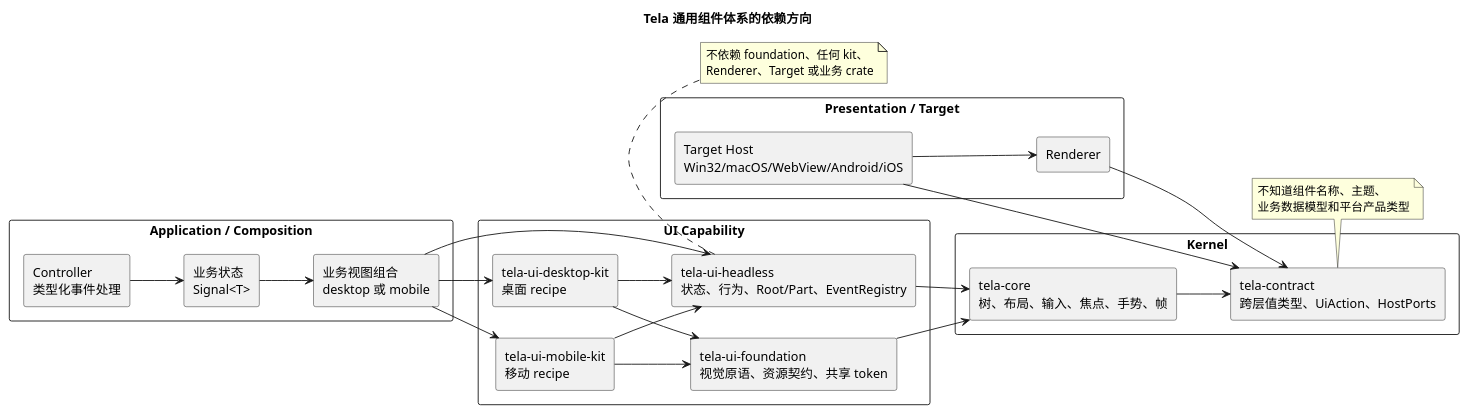
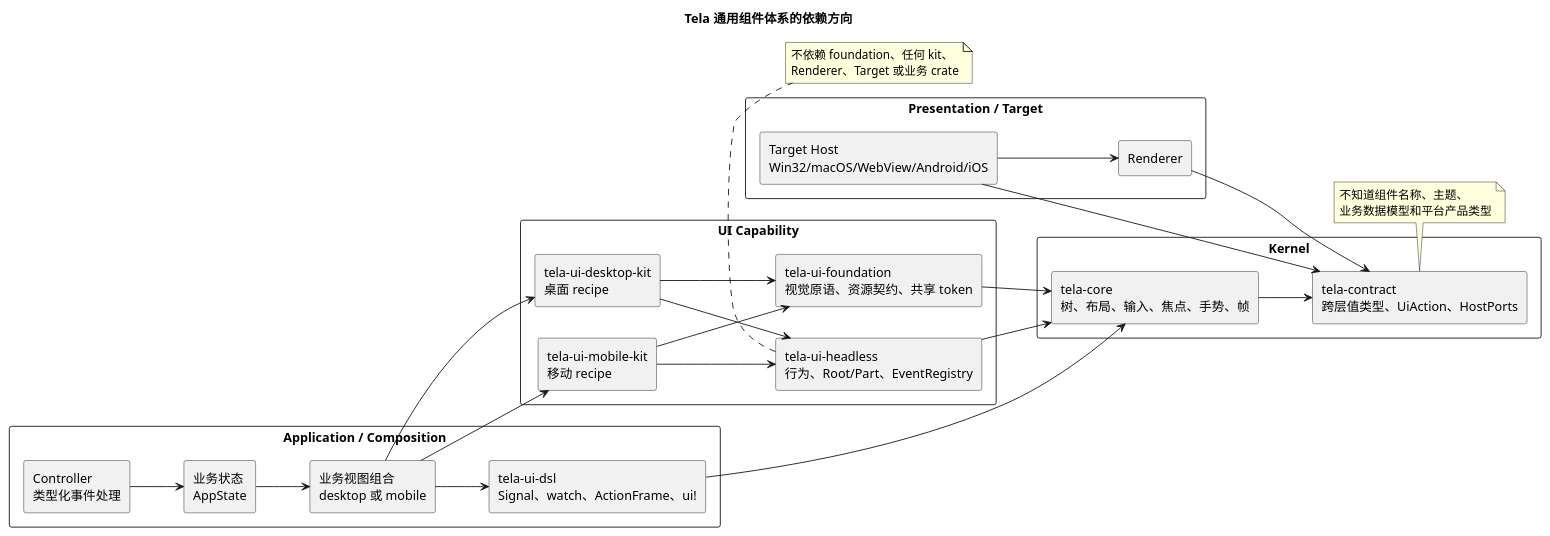
The first of 6 diagrams in docs/030-通用组件体系重构方案.md (nyml2003/tela), drawn with PlantUML before and after one commit. The commit also changed other lines of this file and 98 other files, not shown here.

First line of the commit message:
Add application composition DSL and frame provenance

```diff
--- a/docs/030-通用组件体系重构方案.md
+++ b/docs/030-通用组件体系重构方案.md
@@ -94,57 +99,59 @@
 ~~~plantuml
 @startuml
 title Tela 通用组件体系的依赖方向
 left to right direction
 skinparam componentStyle rectangle
 skinparam packageStyle rectangle
 
 package "Application / Composition" {
-  [业务状态\nSignal<T>] as state
+  [业务状态\nAppState] as state
+  [tela-ui-dsl\nSignal、watch、ActionFrame、ui!] as dsl
   [Controller\n类型化事件处理] as controller
   [业务视图组合\ndesktop 或 mobile] as app
 }
 
 package "UI Capability" {
-  [tela-ui-headless\n状态、行为、Root/Part、EventRegistry] as headless
+  [tela-ui-headless\n行为、Root/Part、EventRegistry] as headless
   [tela-ui-foundation\n视觉原语、资源契约、共享 token] as foundation
   [tela-ui-desktop-kit\n桌面 recipe] as desktop
   [tela-ui-mobile-kit\n移动 recipe] as mobile
 }
 
 package "Kernel" {
   [tela-core\n树、布局、输入、焦点、手势、帧] as core
   [tela-contract\n跨层值类型、UiAction、HostPorts] as contract
 }
 
 package "Presentation / Target" {
   [Renderer] as renderer
   [Target Host\nWin32/macOS/WebView/Android/iOS] as host
 }
 
 state --> app
 controller --> state
-app --> headless
+app --> dsl
 app --> desktop
 app --> mobile
+dsl --> core
 desktop --> headless
 mobile --> headless
 desktop --> foundation
 mobile --> foundation
 headless --> core
 foundation --> core
 core --> contract
 renderer --> contract
 host --> contract
 host --> renderer
 
 note bottom of headless
 不依赖 foundation、任何 kit、
 Renderer、Target 或业务 crate
 end note
 
 note bottom of contract
 不知道组件名称、主题、
 业务数据模型和平台产品类型
 end note
 @enduml
 ~~~
```
